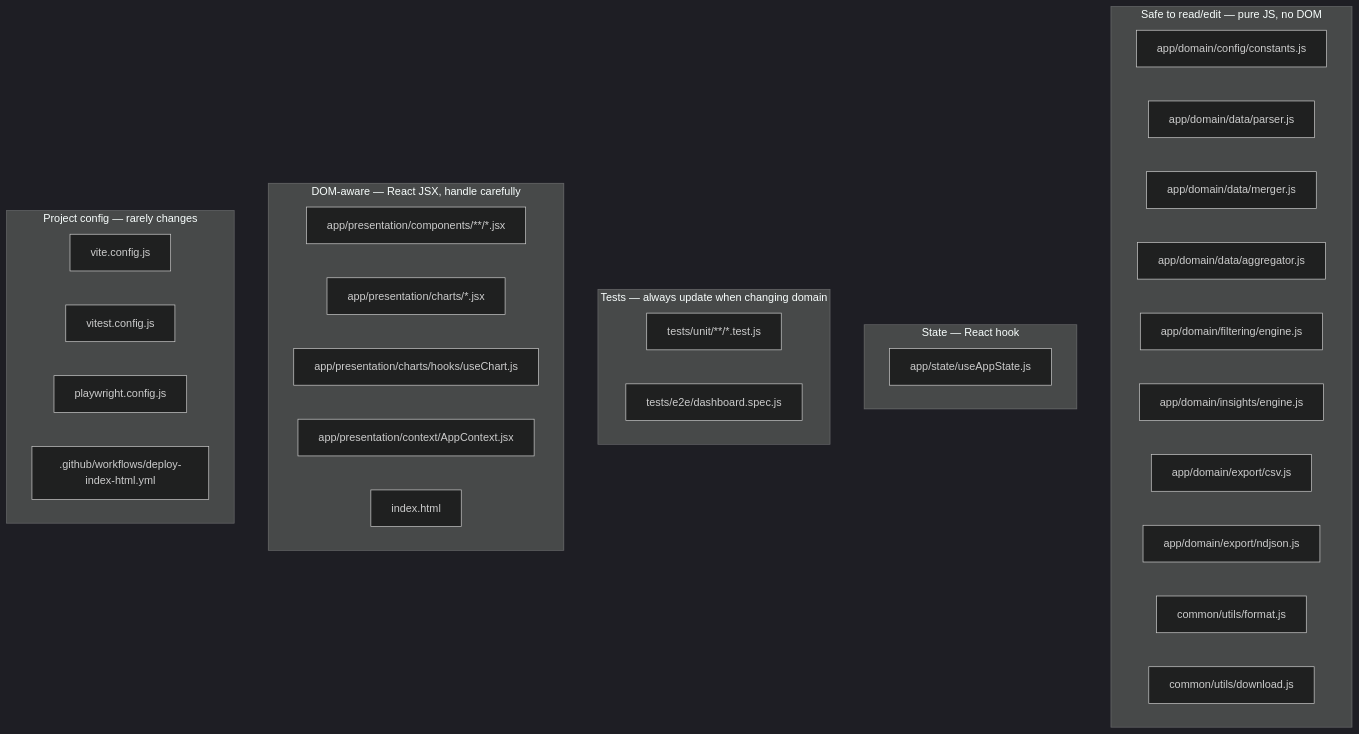
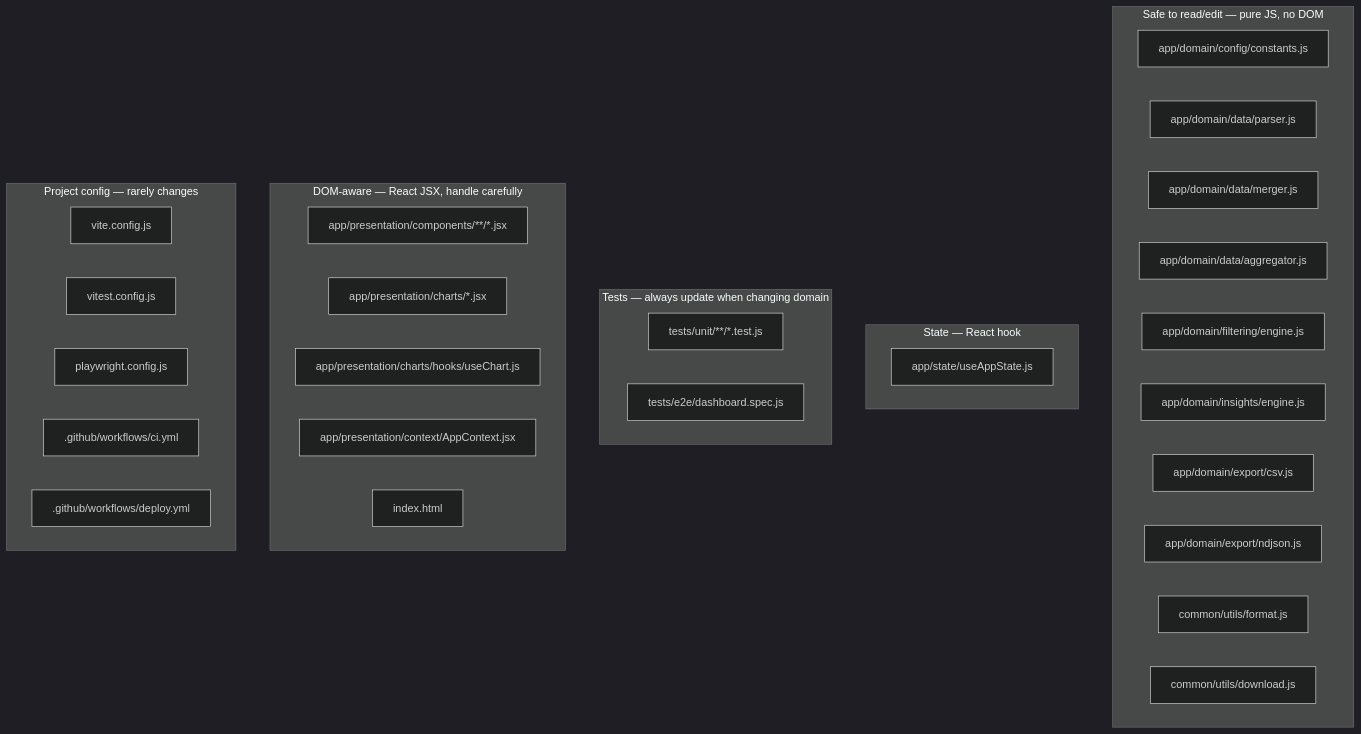
The diagram in AGENTS.md (kinncj/GitHub-Copilot-Enterprise-Dashboard), drawn with Mermaid (dark theme) before and after one commit. The commit also changed other lines of this file and 4 other files, not shown here.

````diff
--- a/AGENTS.md
+++ b/AGENTS.md
@@ -24,39 +25,40 @@
 ```mermaid
 graph TD
     subgraph Safe["Safe to read/edit — pure JS, no DOM"]
         D1[app/domain/config/constants.js]
         D2[app/domain/data/parser.js]
         D3[app/domain/data/merger.js]
         D4[app/domain/data/aggregator.js]
         D5[app/domain/filtering/engine.js]
         D6[app/domain/insights/engine.js]
         D7[app/domain/export/csv.js]
         D8[app/domain/export/ndjson.js]
         C1[common/utils/format.js]
         C2[common/utils/download.js]
     end
 
     subgraph State["State — React hook"]
         S1[app/state/useAppState.js]
     end
 
     subgraph Tests["Tests — always update when changing domain"]
         T1[tests/unit/**/*.test.js]
         T2[tests/e2e/dashboard.spec.js]
     end
 
     subgraph Presentation["DOM-aware — React JSX, handle carefully"]
         P1[app/presentation/components/**/*.jsx]
         P2[app/presentation/charts/*.jsx]
         P3[app/presentation/charts/hooks/useChart.js]
         P4[app/presentation/context/AppContext.jsx]
         P5[index.html]
     end
 
     subgraph Config["Project config — rarely changes"]
         X1[vite.config.js]
         X2[vitest.config.js]
         X3[playwright.config.js]
-        X4[.github/workflows/deploy-index-html.yml]
+        X4[.github/workflows/ci.yml]
+        X5[.github/workflows/deploy.yml]
     end
 ```
````
